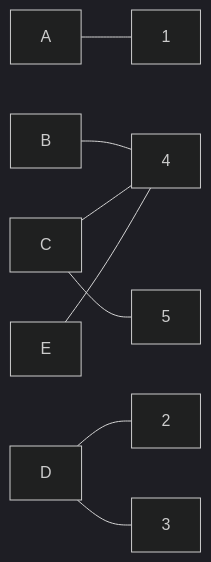
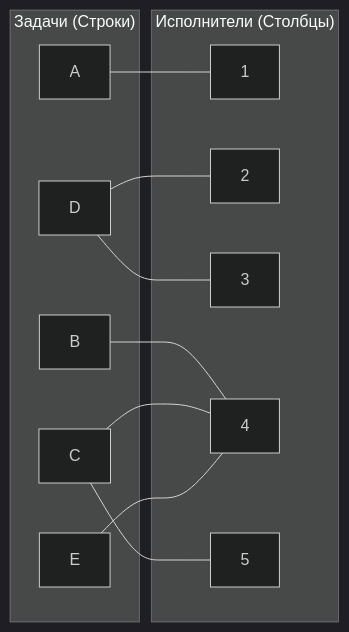
The first of 4 diagrams in task-8/goidaz.md (hse-algo-24-crow/manual-tasks-crow), drawn with Mermaid (dark theme) before and after one commit. The commit also changed other lines of this file, not shown here.

````diff
--- a/task-8/goidaz.md
+++ b/task-8/goidaz.md
@@ -108,23 +113,24 @@
 ```mermaid
 graph LR
-    %% Вершины первой доли (задачи)
-    A[A]
-    B[B]
-    C[C]
-    D[D]
-    E[E]
-    %% Вершины второй доли (исполнители)
-    One[1]
-    Two[2]
-    Three[3]
-    Four[4]
-    Five[5]
-
-    A --- One
-    B --- Four
-    C --- Four
-    C --- Five
-    D --- Two
-    D --- Three
-    E --- Four
+    subgraph "Задачи (Строки)"
+        A[A]
+        B[B]
+        C[C]
+        D[D]
+        E[E]
+    end
+    subgraph "Исполнители (Столбцы)"
+        I1[1]
+        I2[2]
+        I3[3]
+        I4[4]
+        I5[5]
+    end
+    A --- I1
+    B --- I4
+    C --- I4
+    C --- I5
+    D --- I2
+    D --- I3
+    E --- I4
 ```
````
